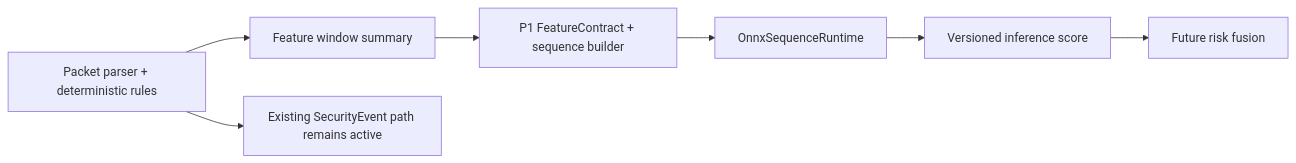
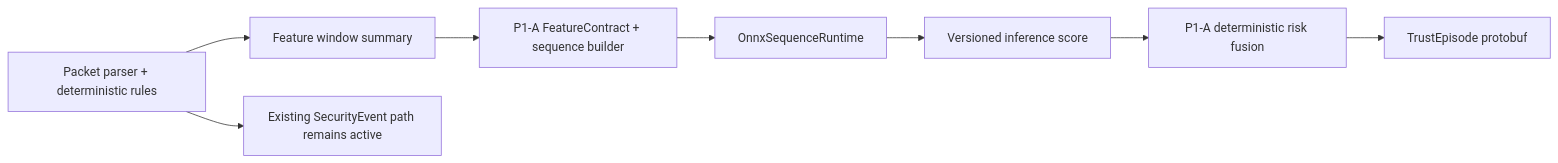
Before and after one commit to AvocadoAI-Lab/sensel-ot-edge-sensor: the diagram in docs/ARM64_ML_RUNTIME_AUDIT.md, drawn with Mermaid. The commit also changed other lines of this file and 34 other files, not shown here.

Commit message:
Add feature sequencing and Trust Episode foundation

````diff
--- a/docs/ARM64_ML_RUNTIME_AUDIT.md
+++ b/docs/ARM64_ML_RUNTIME_AUDIT.md
@@ -24,9 +24,10 @@
 ```mermaid
 flowchart LR
     packet["Packet parser + deterministic rules"] --> summary["Feature window summary"]
-    summary --> future["P1 FeatureContract + sequence builder"]
-    future --> onnx["OnnxSequenceRuntime"]
+    summary --> contract["P1-A FeatureContract + sequence builder"]
+    contract --> onnx["OnnxSequenceRuntime"]
     onnx --> score["Versioned inference score"]
-    score --> fusion["Future risk fusion"]
+    score --> fusion["P1-A deterministic risk fusion"]
+    fusion --> episode["TrustEpisode protobuf"]
     packet --> event["Existing SecurityEvent path remains active"]
 ```
````
